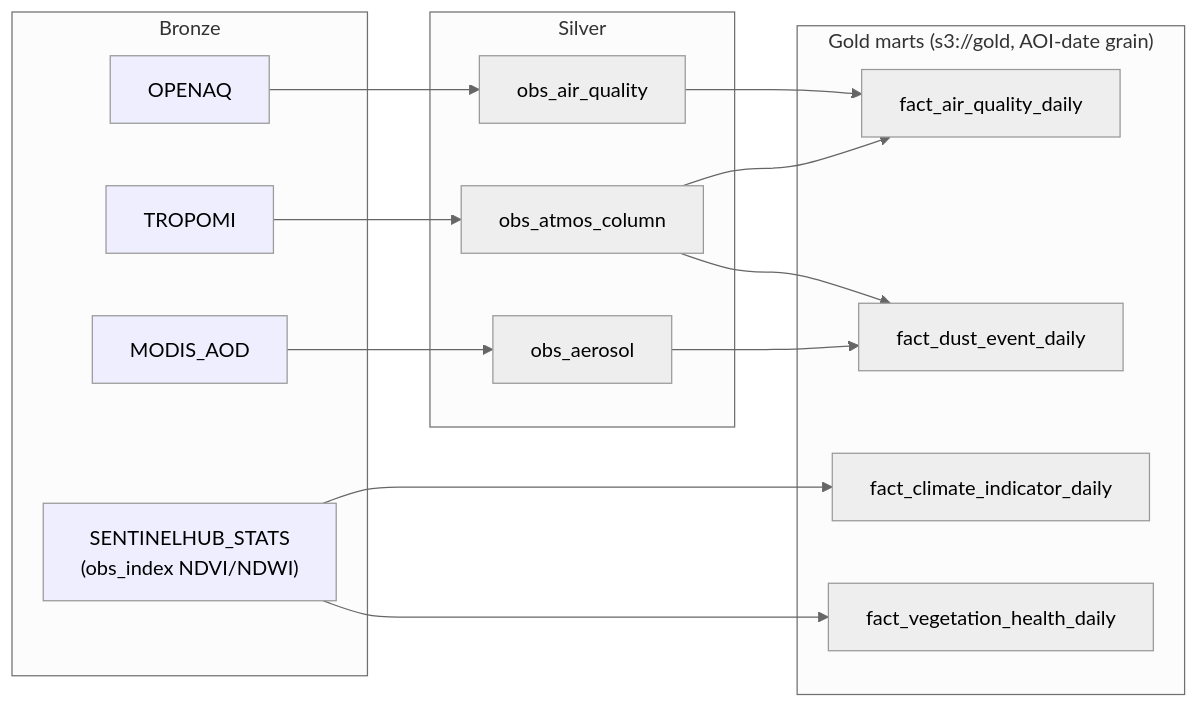
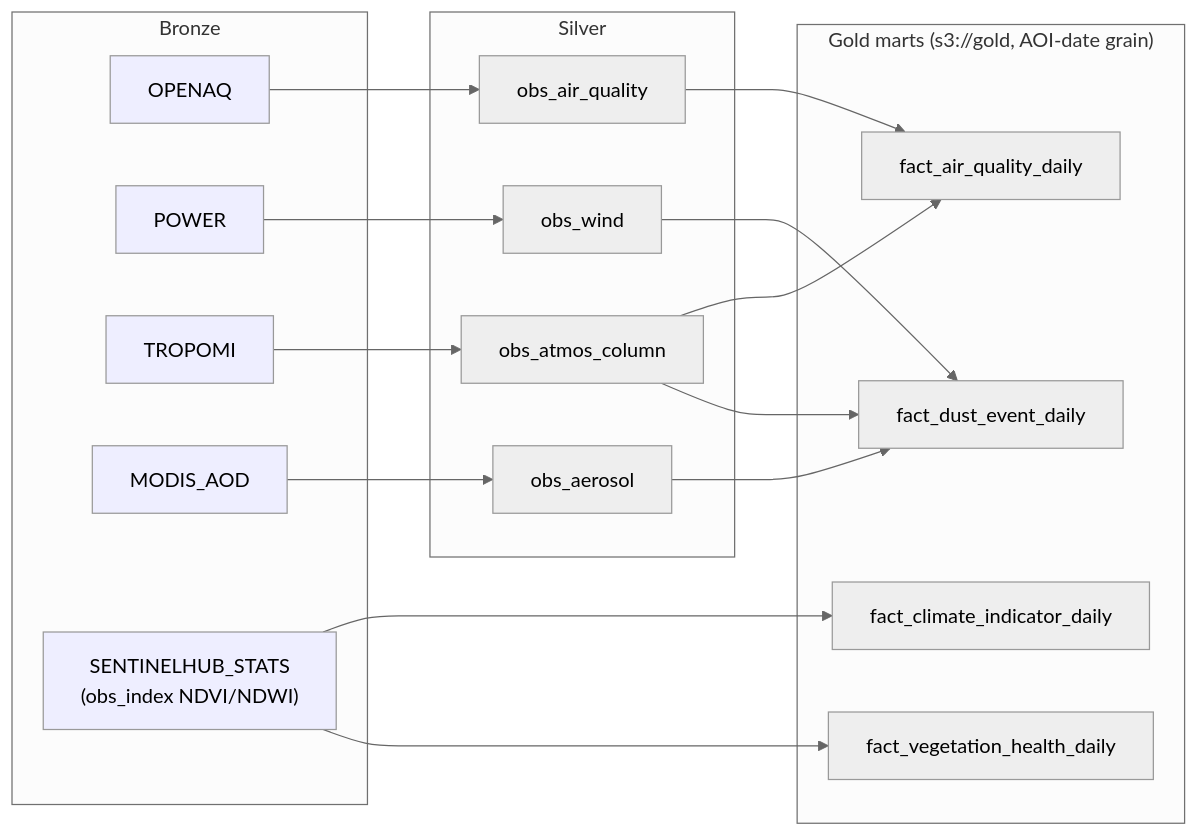
One commit to savadkv01/space-mission-data-ai-platform changed the diagram in docs/transformation/climate-marts.md. Above: the diagram before and after it, drawn with Mermaid (neutral theme). The commit also changed other lines of this file and 32 other files, not shown here.

````diff
--- a/docs/transformation/climate-marts.md
+++ b/docs/transformation/climate-marts.md
@@ -21,27 +21,30 @@
 ```mermaid
 flowchart LR
     subgraph Bronze
       OA["OPENAQ"]:::src
+      PW["POWER"]:::src
       TR["TROPOMI"]:::src
       AO["MODIS_AOD"]:::src
       IX["SENTINELHUB_STATS<br/>(obs_index NDVI/NDWI)"]:::src
     end
     subgraph Silver
       SAQ["obs_air_quality"]
       SAT["obs_atmos_column"]
       SAE["obs_aerosol"]
+      SW["obs_wind"]
     end
     subgraph Gold["Gold marts (s3://gold, AOI-date grain)"]
       FAQ["fact_air_quality_daily"]
       FDU["fact_dust_event_daily"]
       FCI["fact_climate_indicator_daily"]
       FVH["fact_vegetation_health_daily"]
     end
     OA --> SAQ --> FAQ
+    PW --> SW --> FDU
     TR --> SAT --> FAQ
     AO --> SAE --> FDU
     SAT --> FDU
     IX --> FCI
     IX --> FVH
     classDef src fill:#eef;
 ```
````
